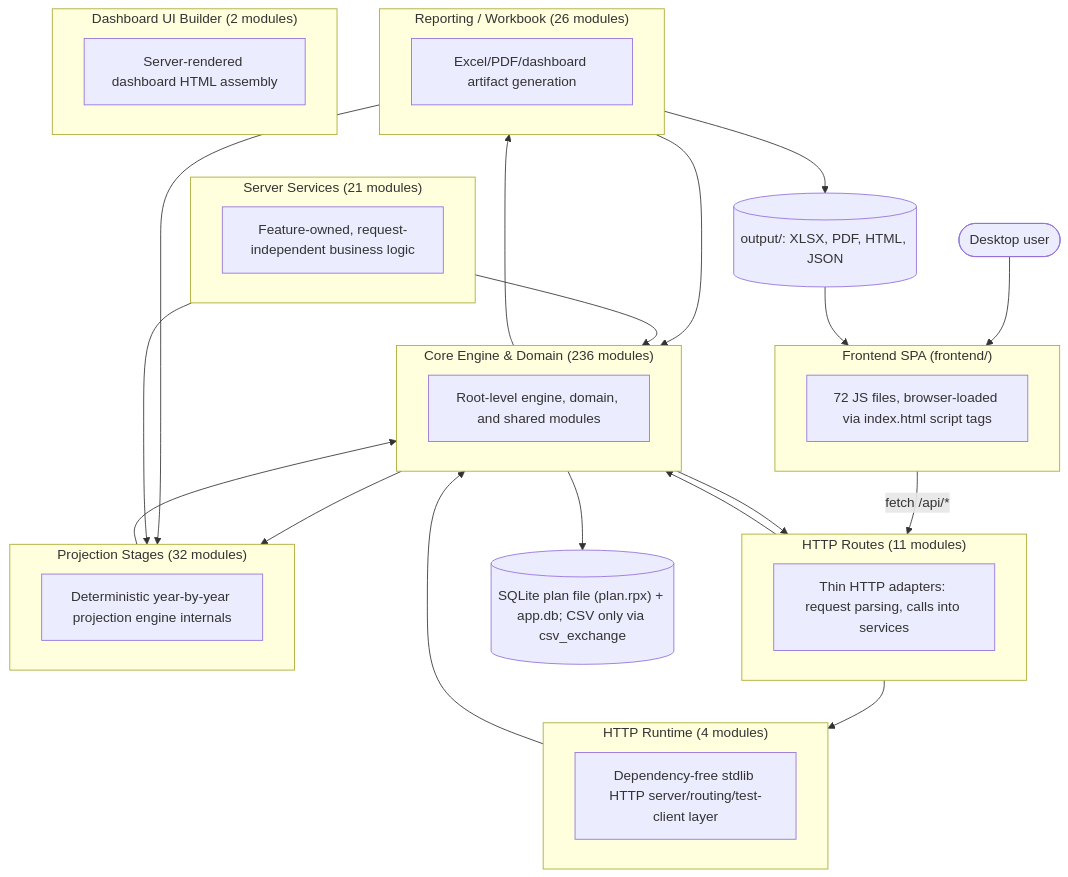
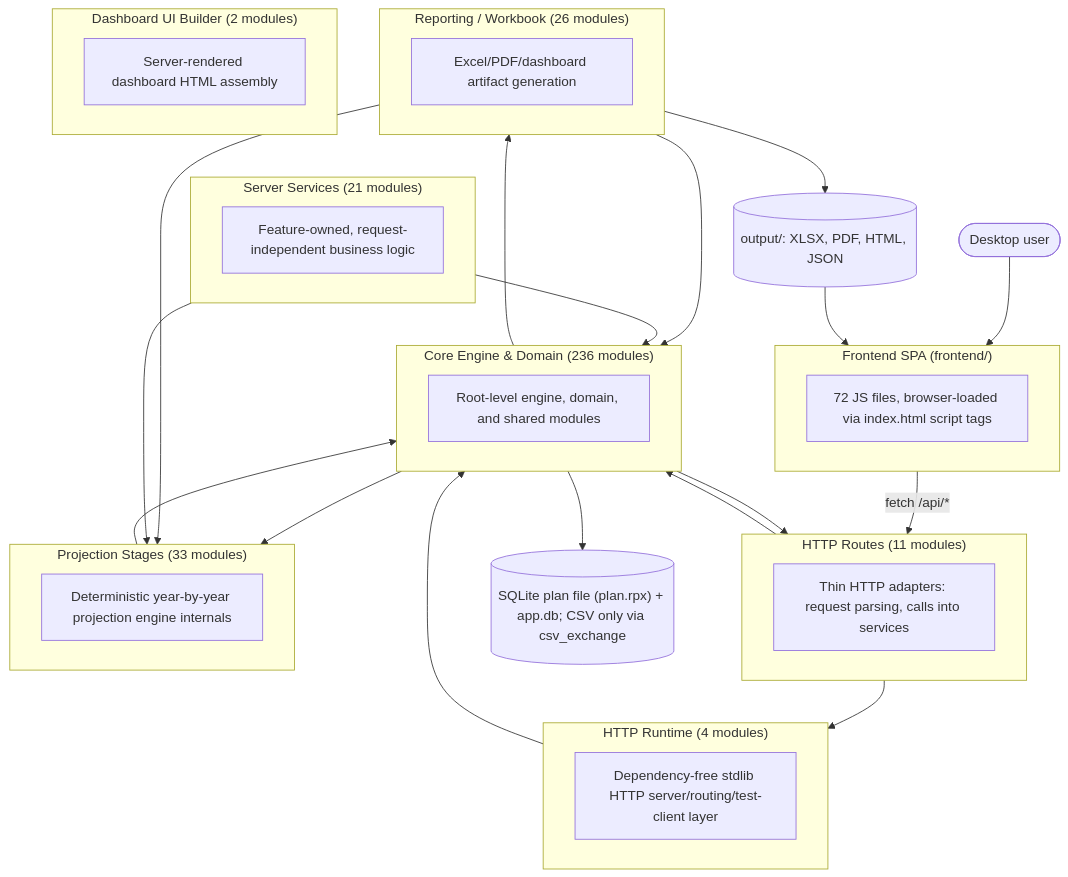
One commit to matthartzman/retirement_system changed the first of 2 diagrams in documentation/reference/SYSTEM_ARCHITECTURE_DIAGRAM.md. Above: the diagram before and after it, drawn with Mermaid. The commit also changed other lines of this file and 3 other files, not shown here.

````diff
--- a/documentation/reference/SYSTEM_ARCHITECTURE_DIAGRAM.md
+++ b/documentation/reference/SYSTEM_ARCHITECTURE_DIAGRAM.md
@@ -11,43 +11,43 @@
 ```mermaid
 flowchart TB
     User(["Desktop user"]) --> FE
     subgraph FE["Frontend SPA (frontend/)"]
         FEcount["72 JS files, browser-loaded via index.html script tags"]
     end
     FE -->|fetch /api/*| L_HTTP_Routes
     subgraph L_HTTP_Routes["HTTP Routes (11 modules)"]
         L_HTTP_Routes_d["Thin HTTP adapters: request parsing, calls into services"]
     end
     subgraph L_Server_Services["Server Services (21 modules)"]
         L_Server_Services_d["Feature-owned, request-independent business logic"]
     end
     subgraph L_HTTP_Runtime["HTTP Runtime (4 modules)"]
         L_HTTP_Runtime_d["Dependency-free stdlib HTTP server/routing/test-client layer"]
     end
     subgraph L_Core_Engine___Domain["Core Engine & Domain (236 modules)"]
         L_Core_Engine___Domain_d["Root-level engine, domain, and shared modules"]
     end
-    subgraph L_Projection_Stages["Projection Stages (32 modules)"]
+    subgraph L_Projection_Stages["Projection Stages (33 modules)"]
         L_Projection_Stages_d["Deterministic year-by-year projection engine internals"]
     end
     subgraph L_Reporting___Workbook["Reporting / Workbook (26 modules)"]
         L_Reporting___Workbook_d["Excel/PDF/dashboard artifact generation"]
     end
     subgraph L_Dashboard_UI_Builder["Dashboard UI Builder (2 modules)"]
         L_Dashboard_UI_Builder_d["Server-rendered dashboard HTML assembly"]
     end
     L_Core_Engine___Domain --> L_HTTP_Routes
     L_Core_Engine___Domain --> L_Projection_Stages
     L_Core_Engine___Domain --> L_Reporting___Workbook
     L_HTTP_Routes --> L_Core_Engine___Domain
     L_HTTP_Routes --> L_HTTP_Runtime
     L_HTTP_Runtime --> L_Core_Engine___Domain
     L_Projection_Stages --> L_Core_Engine___Domain
     L_Reporting___Workbook --> L_Core_Engine___Domain
     L_Reporting___Workbook --> L_Projection_Stages
     L_Server_Services --> L_Core_Engine___Domain
     L_Server_Services --> L_Projection_Stages
     L_Core_Engine___Domain --> DB[("SQLite plan file (plan.rpx) + app.db; CSV only via csv_exchange")]
     L_Reporting___Workbook --> Outputs[("output/: XLSX, PDF, HTML, JSON")]
     Outputs --> FE
 ```
````
